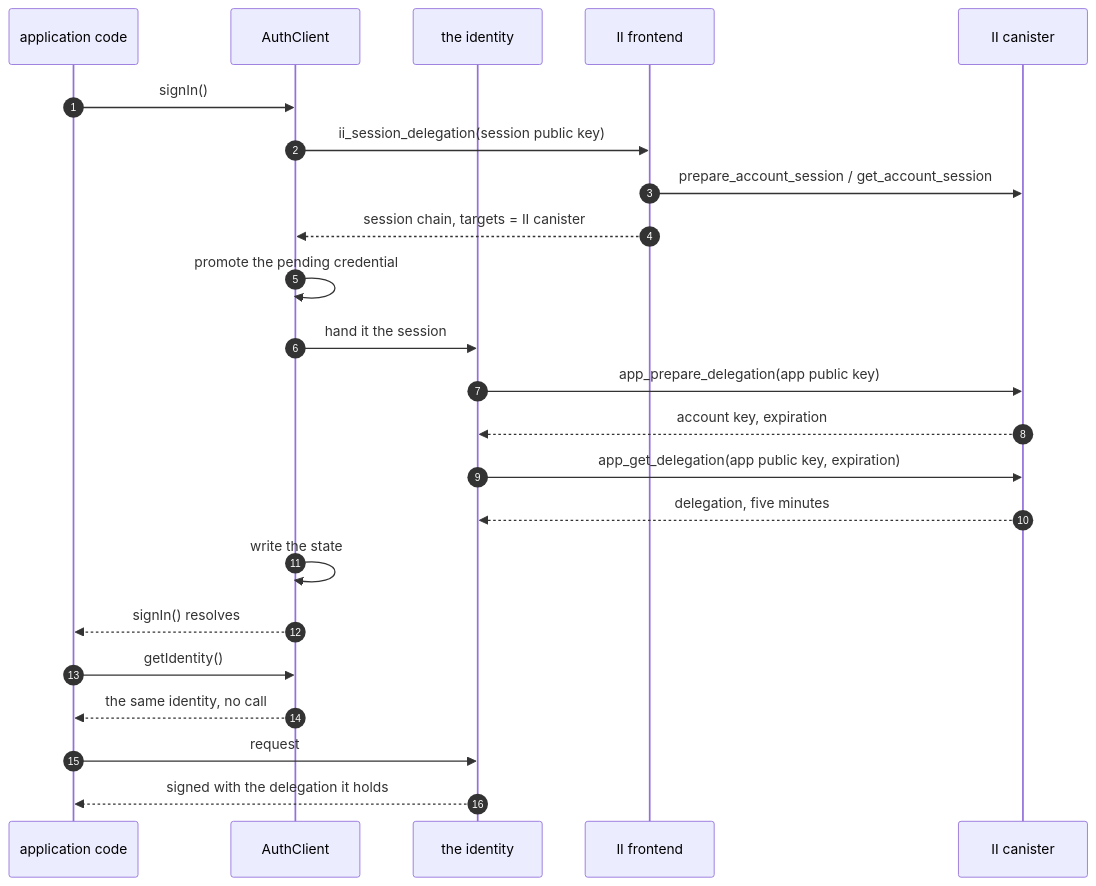
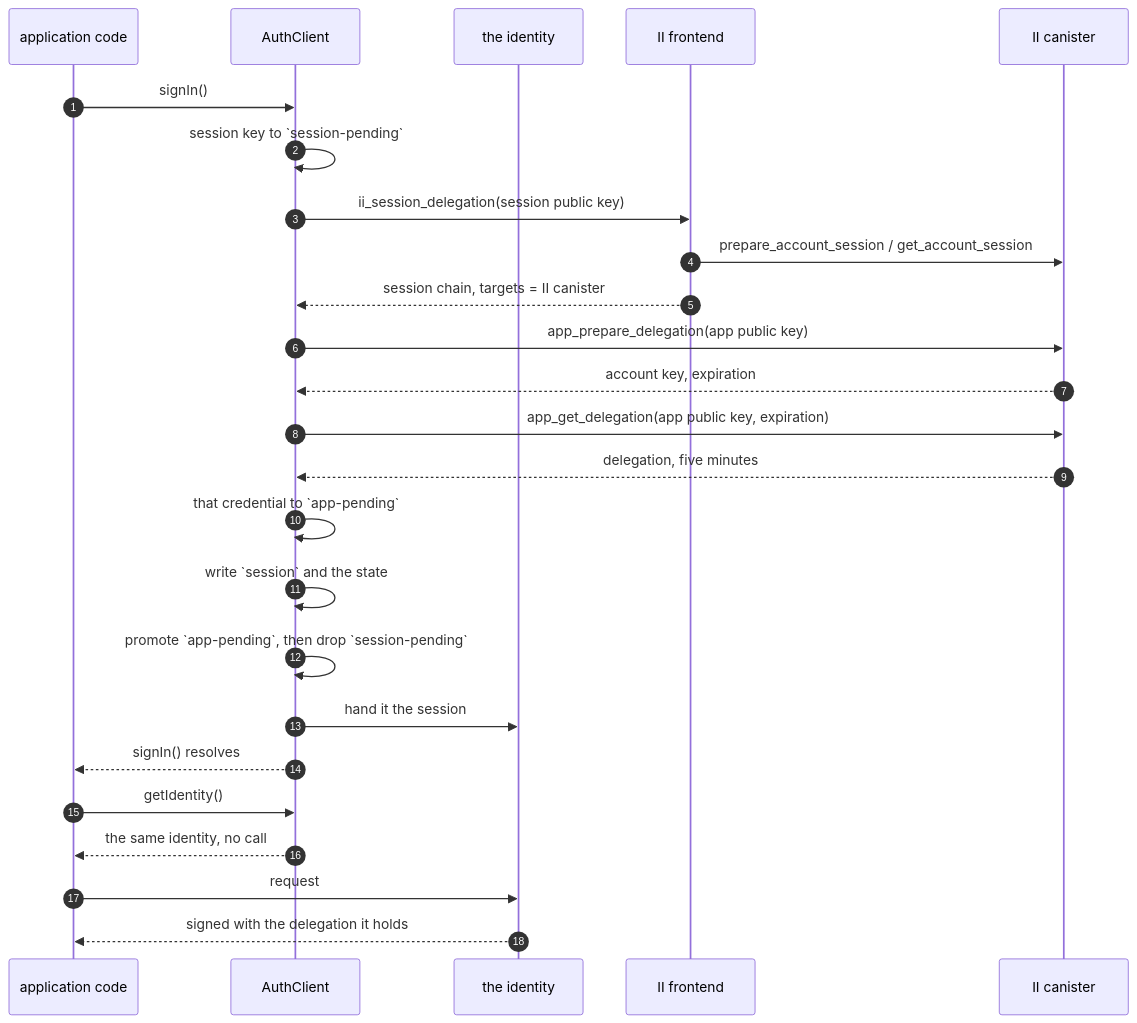
The first of 3 diagrams in docs/ongoing/client-app-sessions-spec.md (dfinity/internet-identity), drawn with Mermaid before and after one commit. The commit also changed other lines of this file and 1 other file, not shown here.

````diff
--- a/docs/ongoing/client-app-sessions-spec.md
+++ b/docs/ongoing/client-app-sessions-spec.md
@@ -32,27 +32,29 @@
 ```mermaid
 sequenceDiagram
     autonumber
     participant App as application code
     participant AC as AuthClient
     participant Id as the identity
     participant IIF as II frontend
     participant IIC as II canister
 
     App->>AC: signIn()
+    AC->>AC: session key to `session-pending`
     AC->>IIF: ii_session_delegation(session public key)
     IIF->>IIC: prepare_account_session / get_account_session
     IIF-->>AC: session chain, targets = II canister
-    AC->>AC: promote the pending credential
+    AC->>IIC: app_prepare_delegation(app public key)
+    IIC-->>AC: account key, expiration
+    AC->>IIC: app_get_delegation(app public key, expiration)
+    IIC-->>AC: delegation, five minutes
+    AC->>AC: that credential to `app-pending`
+    AC->>AC: write `session` and the state
+    AC->>AC: promote `app-pending`, then drop `session-pending`
     AC->>Id: hand it the session
-    Id->>IIC: app_prepare_delegation(app public key)
-    IIC-->>Id: account key, expiration
-    Id->>IIC: app_get_delegation(app public key, expiration)
-    IIC-->>Id: delegation, five minutes
-    AC->>AC: write the state
     AC-->>App: signIn() resolves
 
     App->>AC: getIdentity()
     AC-->>App: the same identity, no call
     App->>Id: request
     Id-->>App: signed with the delegation it holds
 ```
````
